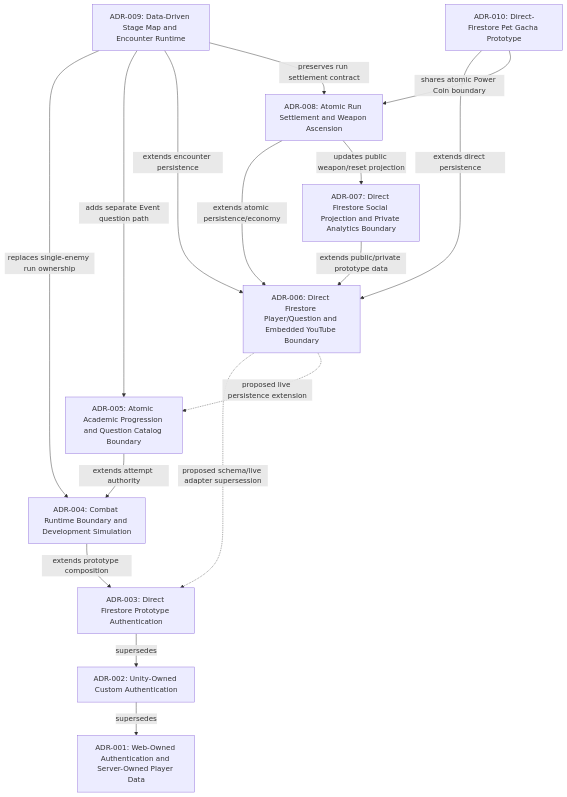
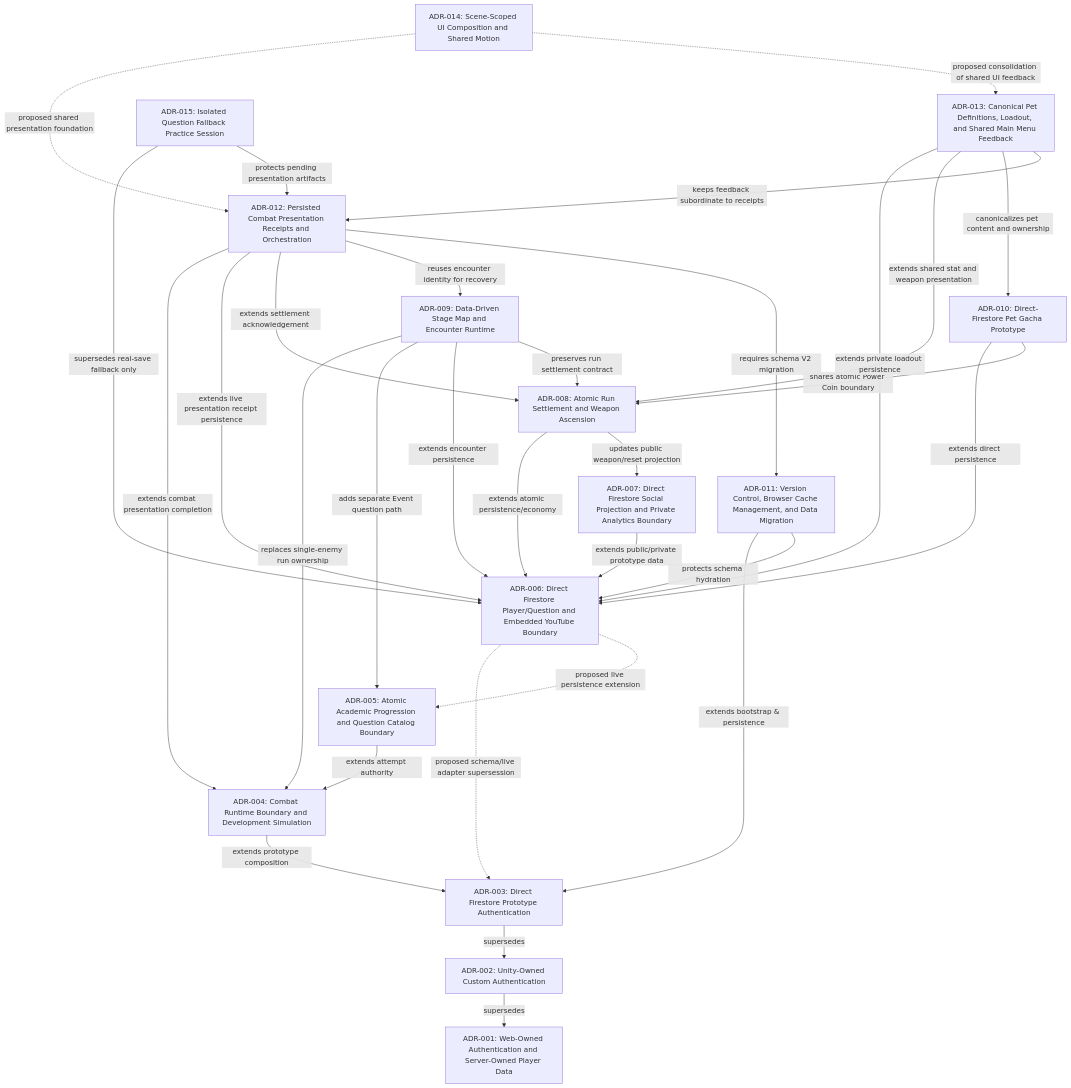
The diagram in Docs_PowerMath/3_Outputs/ADRs/README.md (AescaLiebert/Powermath-app), drawn with Mermaid before and after one commit. The commit also changed other lines of this file and 344 other files, not shown here.

First line of the commit message:
feat(gameplay): implement combat presentation juice, player hub, and ui architecture

````diff
--- a/Docs_PowerMath/3_Outputs/ADRs/README.md
+++ b/Docs_PowerMath/3_Outputs/ADRs/README.md
@@ -5,28 +5,48 @@
 ```mermaid
 graph TD
     ADR001["ADR-001: Web-Owned Authentication and Server-Owned Player Data"]
     ADR002["ADR-002: Unity-Owned Custom Authentication"]
     ADR003["ADR-003: Direct Firestore Prototype Authentication"]
     ADR004["ADR-004: Combat Runtime Boundary and Development Simulation"]
     ADR005["ADR-005: Atomic Academic Progression and Question Catalog Boundary"]
     ADR006["ADR-006: Direct Firestore Player/Question and Embedded YouTube Boundary"]
     ADR007["ADR-007: Direct Firestore Social Projection and Private Analytics Boundary"]
     ADR008["ADR-008: Atomic Run Settlement and Weapon Ascension"]
     ADR009["ADR-009: Data-Driven Stage Map and Encounter Runtime"]
     ADR010["ADR-010: Direct-Firestore Pet Gacha Prototype"]
+    ADR011["ADR-011: Version Control, Browser Cache Management, and Data Migration"]
+    ADR012["ADR-012: Persisted Combat Presentation Receipts and Orchestration"]
+    ADR013["ADR-013: Canonical Pet Definitions, Loadout, and Shared Main Menu Feedback"]
+    ADR014["ADR-014: Scene-Scoped UI Composition and Shared Motion"]
+    ADR015["ADR-015: Isolated Question Fallback Practice Session"]
     ADR002 -- "supersedes" --> ADR001
     ADR003 -- "supersedes" --> ADR002
     ADR004 -- "extends prototype composition" --> ADR003
     ADR005 -- "extends attempt authority" --> ADR004
     ADR006 -. "proposed schema/live adapter supersession" .-> ADR003
     ADR006 -. "proposed live persistence extension" .-> ADR005
     ADR007 -- "extends public/private prototype data" --> ADR006
     ADR008 -- "extends atomic persistence/economy" --> ADR006
     ADR008 -- "updates public weapon/reset projection" --> ADR007
     ADR009 -- "replaces single-enemy run ownership" --> ADR004
     ADR009 -- "adds separate Event question path" --> ADR005
     ADR009 -- "extends encounter persistence" --> ADR006
     ADR009 -- "preserves run settlement contract" --> ADR008
     ADR010 -- "extends direct persistence" --> ADR006
     ADR010 -- "shares atomic Power Coin boundary" --> ADR008
+    ADR011 -- "extends bootstrap & persistence" --> ADR003
+    ADR011 -- "protects schema hydration" --> ADR006
+    ADR012 -- "extends combat presentation completion" --> ADR004
+    ADR012 -- "extends live presentation receipt persistence" --> ADR006
+    ADR012 -- "extends settlement acknowledgement" --> ADR008
+    ADR012 -- "reuses encounter identity for recovery" --> ADR009
+    ADR012 -- "requires schema V2 migration" --> ADR011
+    ADR013 -- "extends private loadout persistence" --> ADR006
+    ADR013 -- "extends shared stat and weapon presentation" --> ADR008
+    ADR013 -- "canonicalizes pet content and ownership" --> ADR010
+    ADR013 -- "keeps feedback subordinate to receipts" --> ADR012
+    ADR014 -. "proposed shared presentation foundation" .-> ADR012
+    ADR014 -. "proposed consolidation of shared UI feedback" .-> ADR013
+    ADR015 -- "supersedes real-save fallback only" --> ADR006
+    ADR015 -- "protects pending presentation artifacts" --> ADR012
 ```
````
